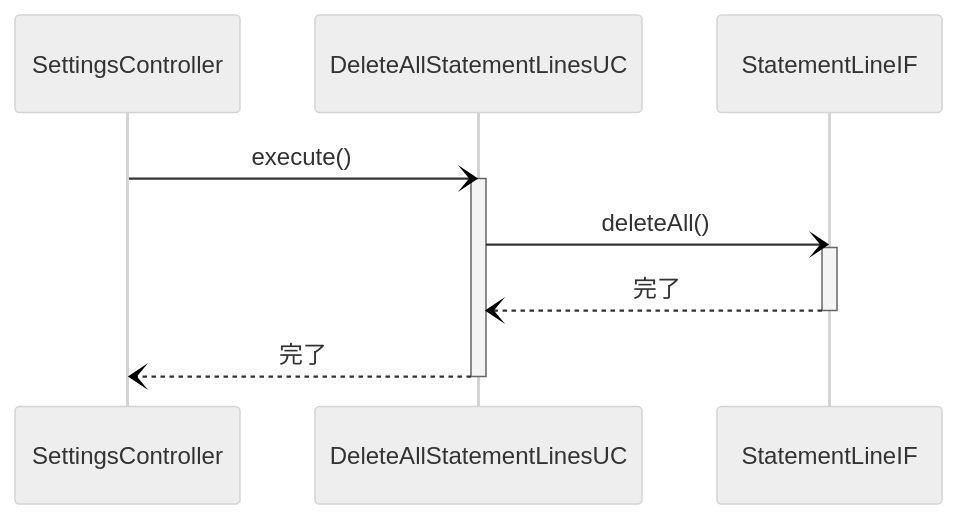
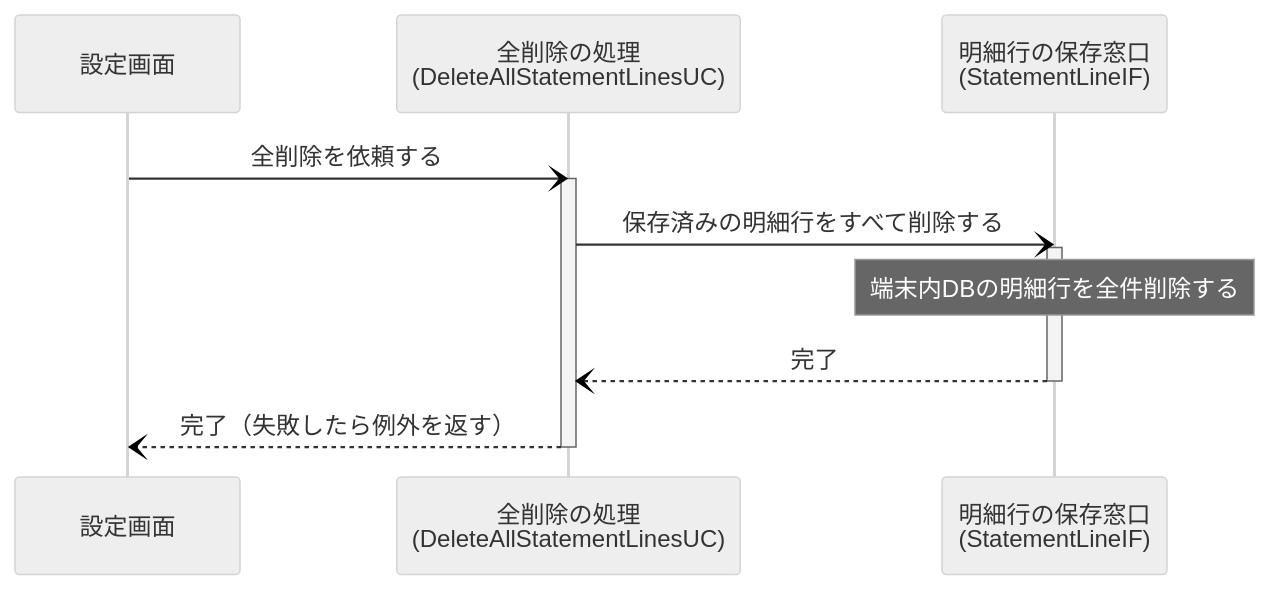
The diagram in docs/systems/processes/PRC-003-delete-all-statement-lines.md (hnt1028/etc-meisai), drawn with Mermaid (neutral theme) before and after one commit. The commit also changed 8 other files, not shown here.

Commit message:
Update: PR #18のレビュー対応（共通widget化、シーケンス図の日本語化、画面イメージをdraw.ioに変更）

````diff
--- a/docs/systems/processes/PRC-003-delete-all-statement-lines.md
+++ b/docs/systems/processes/PRC-003-delete-all-statement-lines.md
@@ -29,15 +29,16 @@
 ```mermaid
 sequenceDiagram
-    participant UI as SettingsController
-    participant UC as DeleteAllStatementLinesUC
-    participant SL as StatementLineIF
+    participant UI as 設定画面
+    participant UC as 全削除の処理<br/>(DeleteAllStatementLinesUC)
+    participant SL as 明細行の保存窓口<br/>(StatementLineIF)
 
-    UI-)UC: execute()
+    UI-)UC: 全削除を依頼する
     activate UC
-    UC-)SL: deleteAll()
+    UC-)SL: 保存済みの明細行をすべて削除する
     activate SL
+    Note over SL: 端末内DBの明細行を全件削除する
     SL--)UC: 完了
     deactivate SL
-    UC--)UI: 完了
+    UC--)UI: 完了（失敗したら例外を返す）
     deactivate UC
 ```
````
